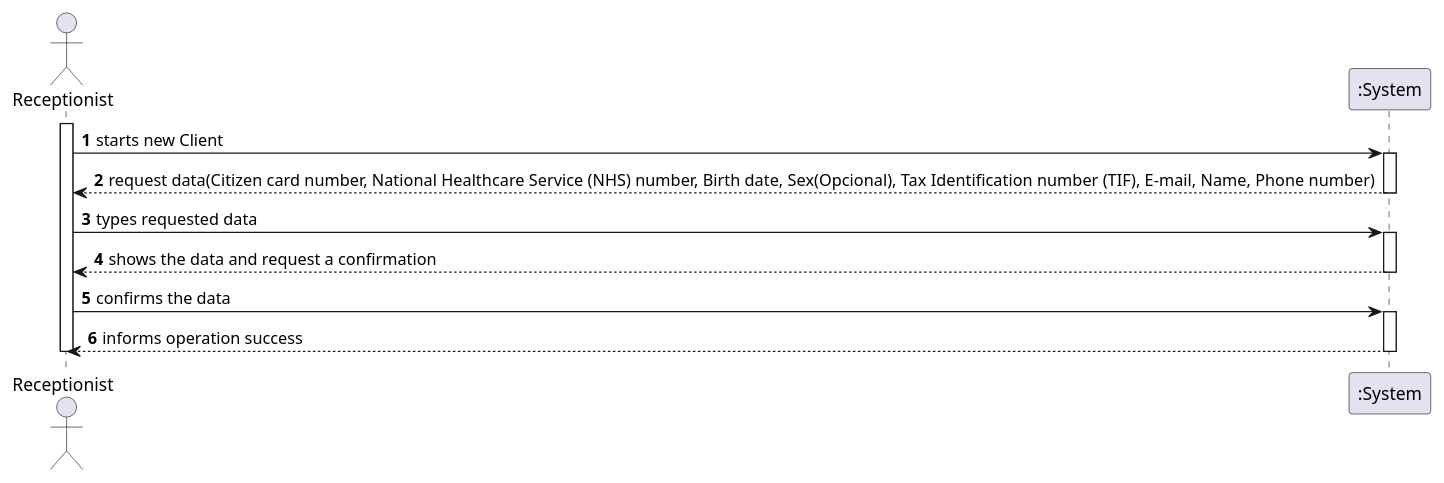
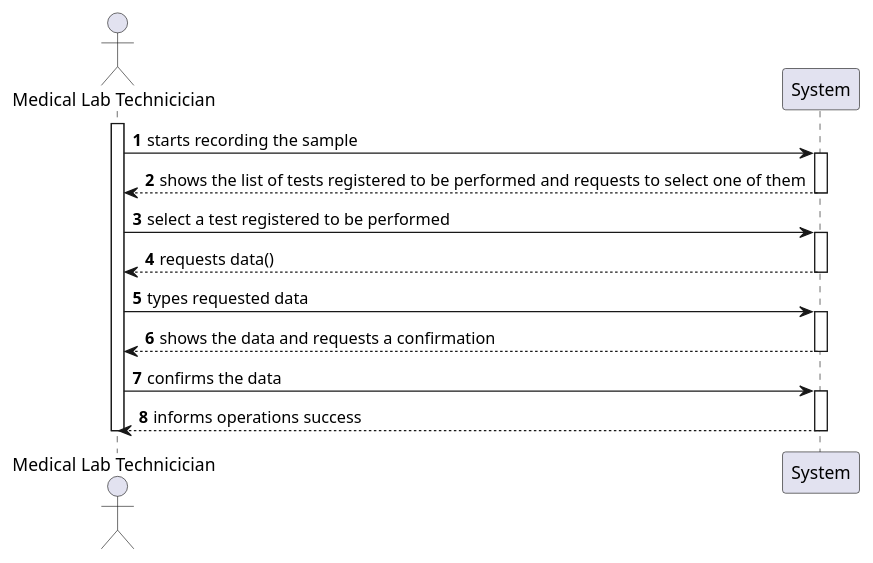
One commit to Pedromaia26/LAPR2-ISEP changed the diagram in docs/SprintC/US5_RecordTheSample/US003_SSD.puml. Above: the diagram before and after it, drawn with PlantUML.

Commit message:
US005_SSD.puml edited online with Bitbucket

```diff
--- a/docs/SprintC/US5_RecordTheSample/US003_SSD.puml
+++ b/docs/SprintC/US5_RecordTheSample/US003_SSD.puml
@@ -1,20 +1,34 @@
 @startuml
-actor Receptionist as Adm
-participant ":System" as System
+Actor "Medical Lab Technicician" as MLT
+participant "System" as sys
+
+
 
 autonumber
-activate Adm
-Adm -> System: starts new Client
-activate System
-System --> Adm: request data(Citizen card number, National Healthcare Service (NHS) number, Birth date, Sex(Opcional), Tax Identification number (TIF), E-mail, Name, Phone number)
-deactivate System
-Adm -> System: types requested data
-activate System
-System --> Adm: shows the data and request a confirmation
-deactivate System
-Adm -> System: confirms the data
-activate System
-System --> Adm: informs operation success 
-deactivate System
-deactivate Adm
+
+activate MLT
+MLT->sys : starts recording the sample 
+
+activate sys
+
+sys-->MLT : shows the list of tests registered to be performed and requests to select one of them
+deactivate sys
+
+MLT->sys : select a test registered to be performed
+activate sys
+
+sys-->MLT : requests data()
+deactivate sys
+
+MLT->sys : types requested data
+activate sys
+
+sys-->MLT : shows the data and requests a confirmation
+deactivate sys
+MLT->sys : confirms the data 
+activate sys
+
+sys-->MLT : informs operations success 
+deactivate sys
+deactivate MLT
 @enduml
```
